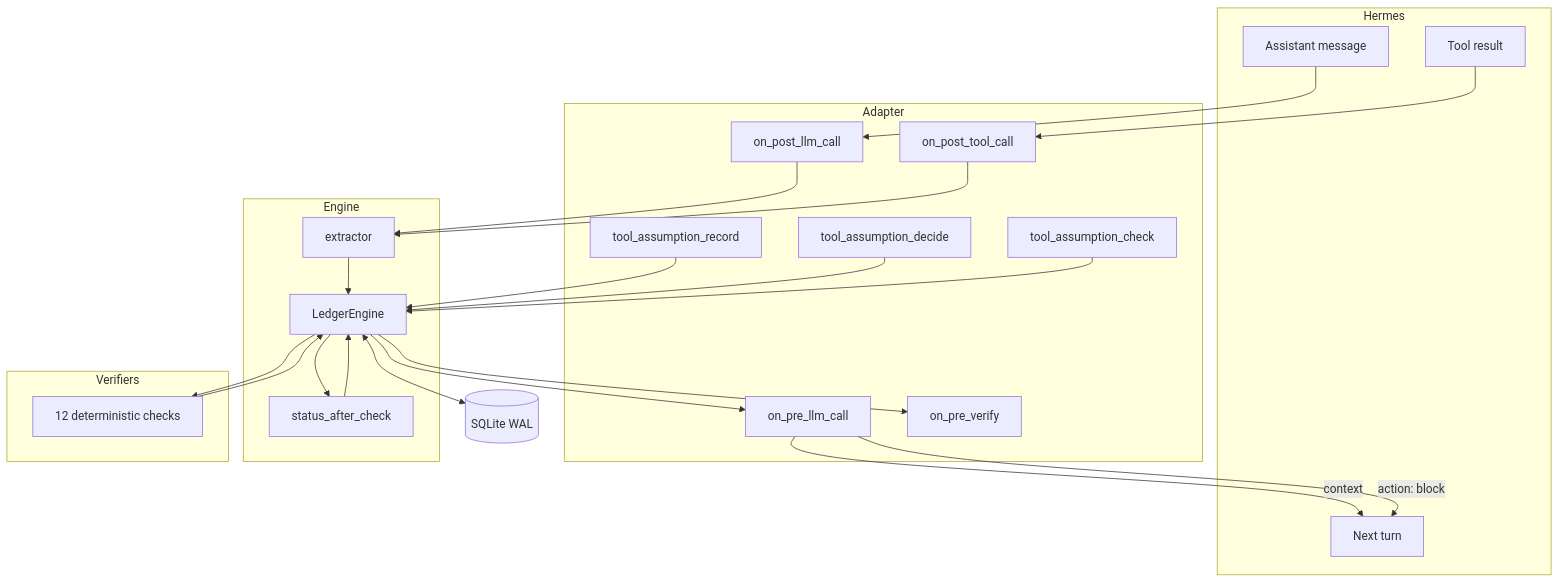
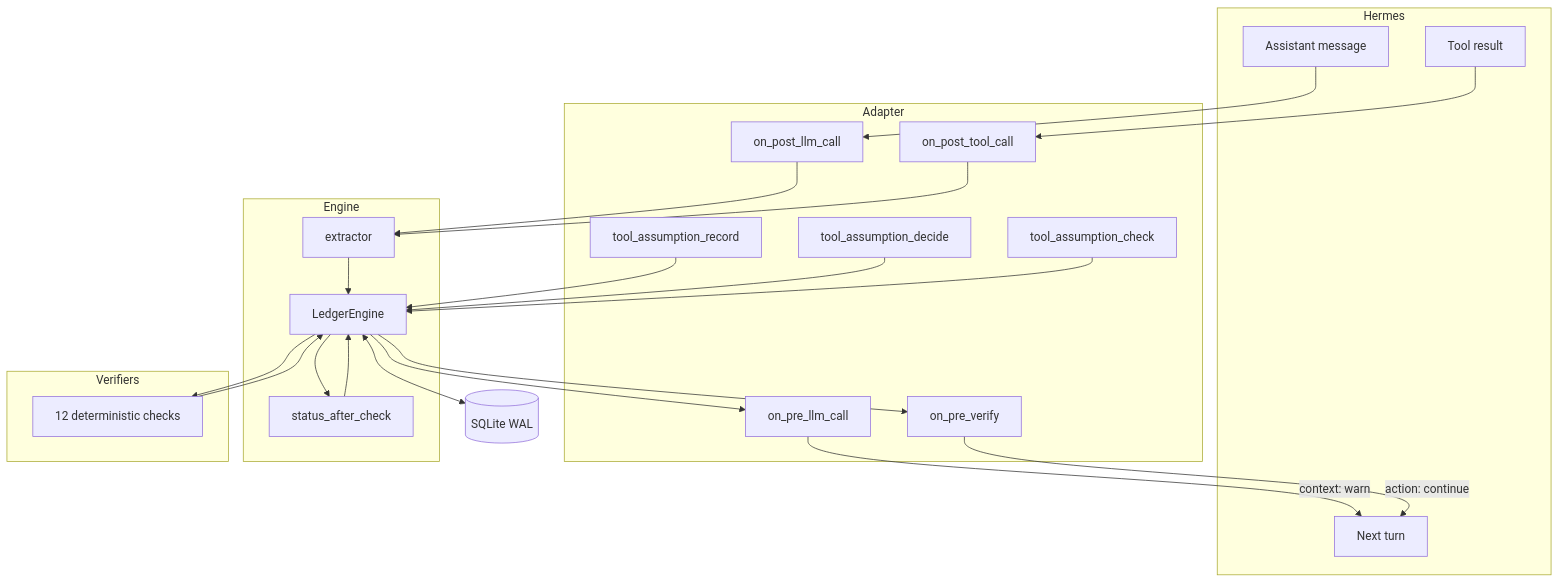
The first of 5 diagrams in docs/ARCHITECTURE.md (itzebe/hermes-assumption-ledger), drawn with Mermaid before and after one commit. The commit also changed other lines of this file and 32 other files, not shown here.

````diff
--- a/docs/ARCHITECTURE.md
+++ b/docs/ARCHITECTURE.md
@@ -195,42 +196,42 @@
 ```mermaid
 flowchart TD
     subgraph Hermes
         MSG[Assistant message]
         TOOL[Tool result]
         TURN[Next turn]
     end
 
     subgraph Adapter
         PLLM[on_pre_llm_call]
         PL[on_post_llm_call]
         PTC[on_post_tool_call]
         PV[on_pre_verify]
         TR[tool_assumption_record]
         TC[tool_assumption_check]
         TD[tool_assumption_decide]
     end
 
     subgraph Engine
         EX[extractor]
         EN[LedgerEngine]
         ST[status_after_check]
     end
 
     subgraph Verifiers
         V12[12 deterministic checks]
     end
 
     DB[(SQLite WAL)]
 
     MSG --> PL --> EX --> EN
     TOOL --> PTC --> EX
     TR --> EN
     TD --> EN
     TC --> EN --> V12
     V12 --> EN --> ST --> EN
     EN <--> DB
     EN --> PLLM
-    PLLM -->|context| TURN
-    PLLM -->|action: block| TURN
+    PLLM -->|context: warn| TURN
     EN --> PV
+    PV -->|action: continue| TURN
 ```
````
